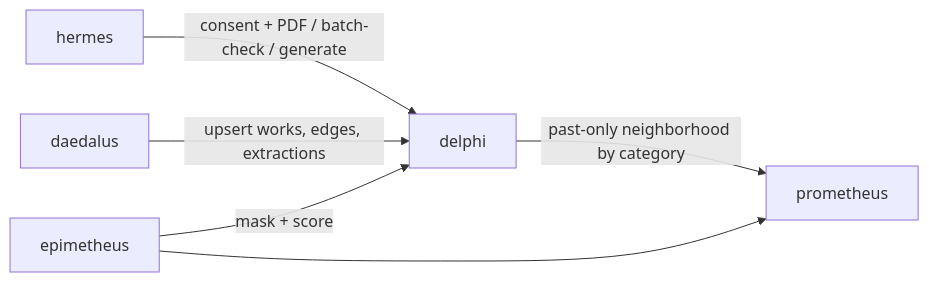
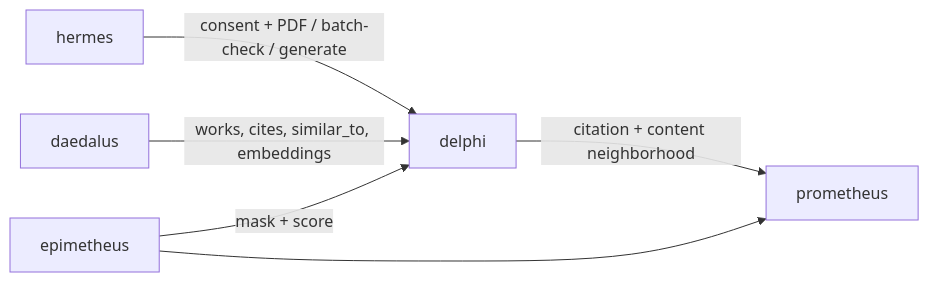
The diagram in README.md (pirlruc/delphi-engine), drawn with Mermaid before and after one commit. The commit also changed other lines of this file and 18 other files, not shown here.

First line of the commit message:
docs: lock dual citation and content graphs (SYS-010)

````diff
--- a/README.md
+++ b/README.md
@@ -38,8 +38,8 @@
 ```mermaid
 flowchart LR
   Hermes["hermes"] -->|"consent + PDF / batch-check / generate"| Delphi["delphi"]
-  Daedalus["daedalus"] -->|upsert works, edges, extractions| Delphi
-  Delphi -->|past-only neighborhood by category| Prometheus["prometheus"]
+  Daedalus["daedalus"] -->|works, cites, similar_to, embeddings| Delphi
+  Delphi -->|citation + content neighborhood| Prometheus["prometheus"]
   Epimetheus["epimetheus"] -->|mask + score| Delphi
   Epimetheus --> Prometheus
 ```
````
